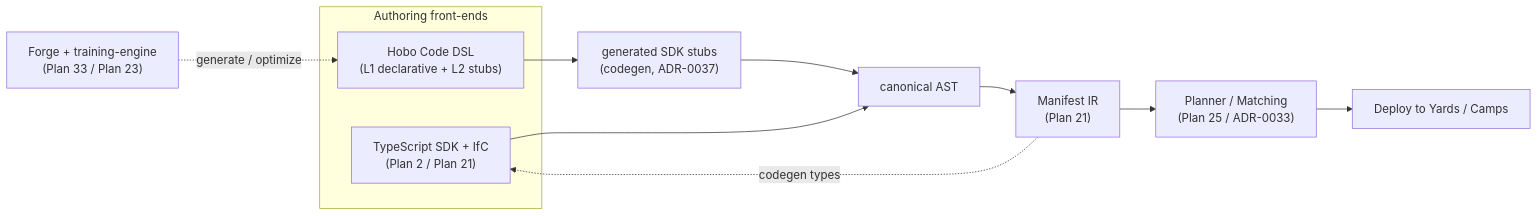
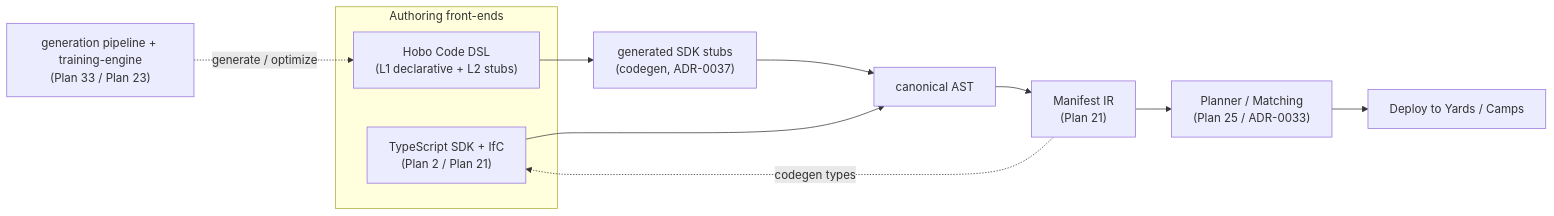
One commit to Tyler-R-Kendrick/HoBo changed the second of 2 diagrams in docs/design/authoring-resources-wiring.md. Above: the diagram before and after it, drawn with Mermaid. The commit also changed other lines of this file and 31 other files, not shown here.

First line of the commit message:
docs: de-brand "Forge" — it's the AI generation pipeline, a technical detail

````diff
--- a/docs/design/authoring-resources-wiring.md
+++ b/docs/design/authoring-resources-wiring.md
@@ -264,15 +264,15 @@
 ```mermaid
 flowchart LR
   subgraph FE["Authoring front-ends"]
     TS["TypeScript SDK + IfC<br/>(Plan 2 / Plan 21)"]
     HC["Hobo Code DSL<br/>(L1 declarative + L2 stubs)"]
   end
   HC --> STUB["generated SDK stubs<br/>(codegen, ADR-0037)"]
   STUB --> AST["canonical AST"]
   TS --> AST
   AST --> IR["Manifest IR<br/>(Plan 21)"]
   IR --> PLAN["Planner / Matching<br/>(Plan 25 / ADR-0033)"]
   PLAN --> DEPLOY["Deploy to Yards / Camps"]
-  FORGE["Forge + training-engine<br/>(Plan 33 / Plan 23)"] -.generate / optimize.-> HC
+  FORGE["generation pipeline + training-engine<br/>(Plan 33 / Plan 23)"] -.generate / optimize.-> HC
   IR -.codegen types.-> TS
 ```
````
